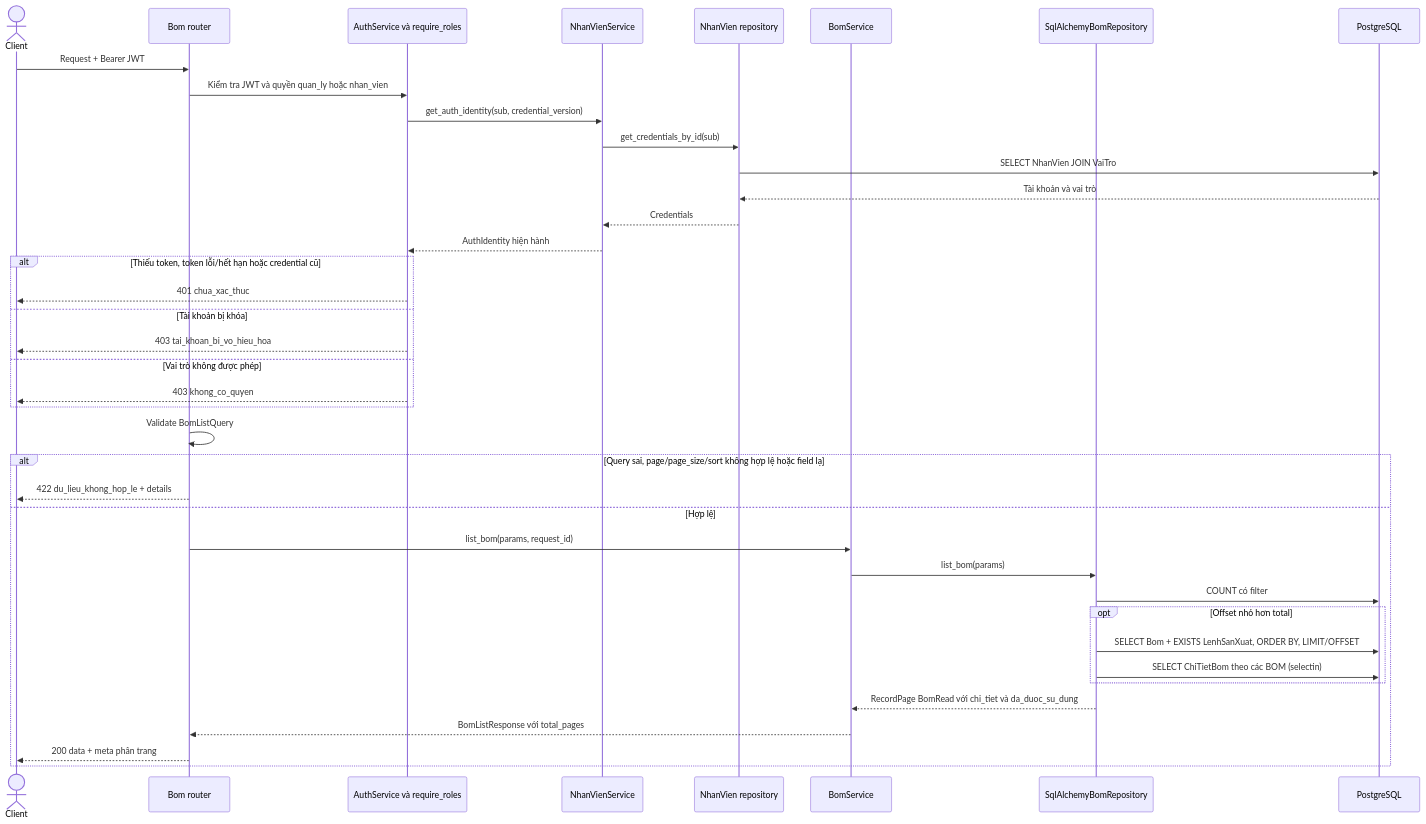
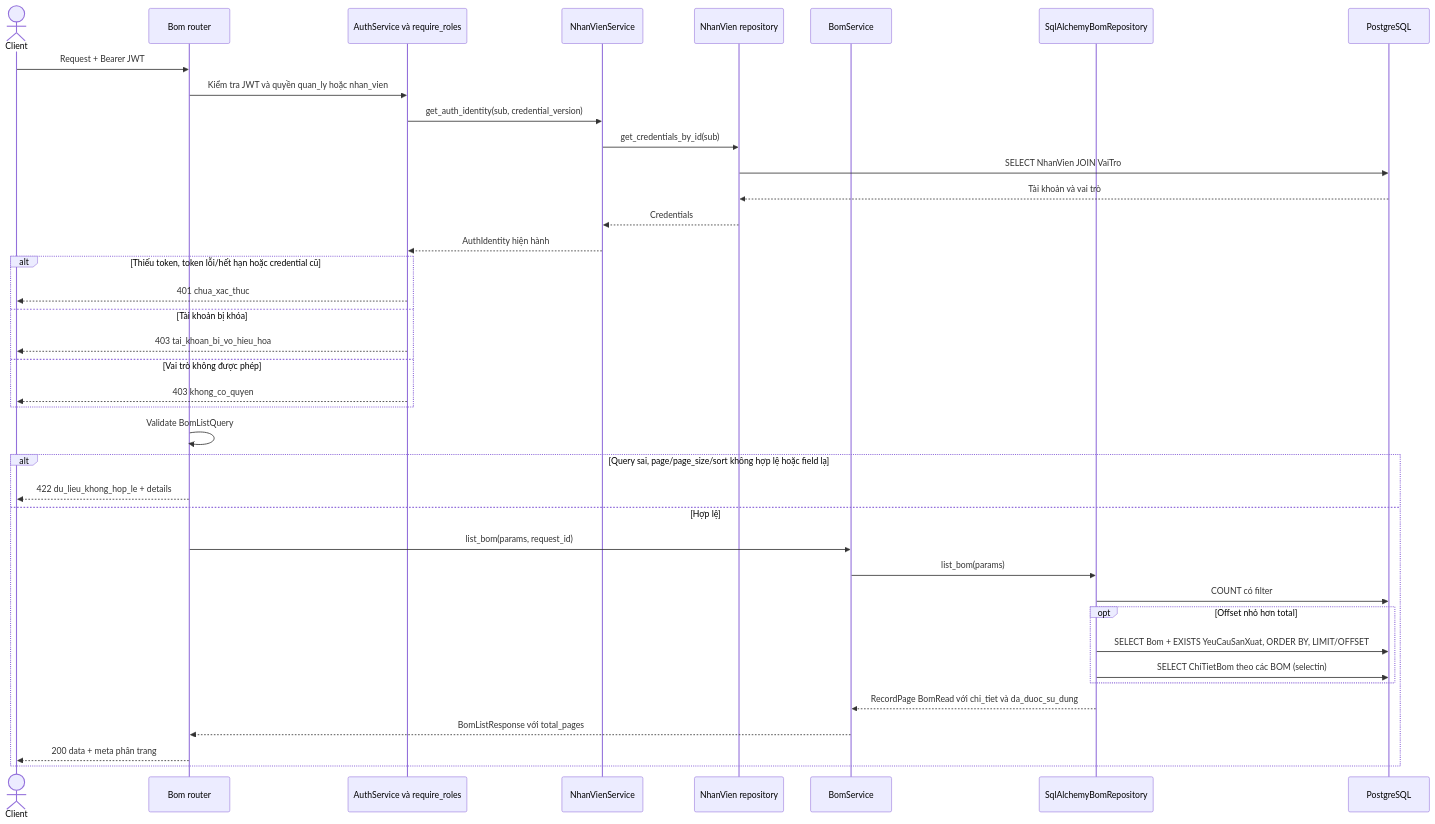
Before and after one commit to thanhklt/xbike-mrp-system: the first of 6 diagrams in docs/sequence/bom.md, drawn with Mermaid. The commit also changed other lines of this file and 38 other files, not shown here.

````diff
--- a/docs/sequence/bom.md
+++ b/docs/sequence/bom.md
@@ -15,41 +15,41 @@
 ```mermaid
 sequenceDiagram
     actor C as Client
     participant R as Bom router
     participant A as AuthService và require_roles
     participant N as NhanVienService
     participant NR as NhanVien repository
     participant S as BomService
     participant B as SqlAlchemyBomRepository
     participant P as PostgreSQL
     C->>R: Request + Bearer JWT
     R->>A: Kiểm tra JWT và quyền quan_ly hoặc nhan_vien
     A->>N: get_auth_identity(sub, credential_version)
     N->>NR: get_credentials_by_id(sub)
     NR->>P: SELECT NhanVien JOIN VaiTro
     P-->>NR: Tài khoản và vai trò
     NR-->>N: Credentials
     N-->>A: AuthIdentity hiện hành
     alt Thiếu token, token lỗi/hết hạn hoặc credential cũ
         A-->>C: 401 chua_xac_thuc
     else Tài khoản bị khóa
         A-->>C: 403 tai_khoan_bi_vo_hieu_hoa
     else Vai trò không được phép
         A-->>C: 403 khong_co_quyen
     end
     R->>R: Validate BomListQuery
     alt Query sai, page/page_size/sort không hợp lệ hoặc field lạ
         R-->>C: 422 du_lieu_khong_hop_le + details
     else Hợp lệ
         R->>S: list_bom(params, request_id)
         S->>B: list_bom(params)
         B->>P: COUNT có filter
         opt Offset nhỏ hơn total
-            B->>P: SELECT Bom + EXISTS LenhSanXuat, ORDER BY, LIMIT/OFFSET
+            B->>P: SELECT Bom + EXISTS YeuCauSanXuat, ORDER BY, LIMIT/OFFSET
             B->>P: SELECT ChiTietBom theo các BOM (selectin)
         end
         B-->>S: RecordPage BomRead với chi_tiet và da_duoc_su_dung
         S-->>R: BomListResponse với total_pages
         R-->>C: 200 data + meta phân trang
     end
 ```
````
